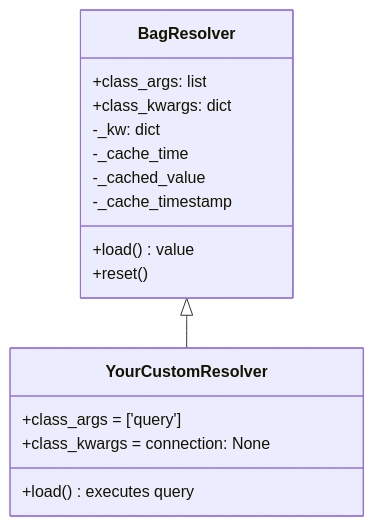
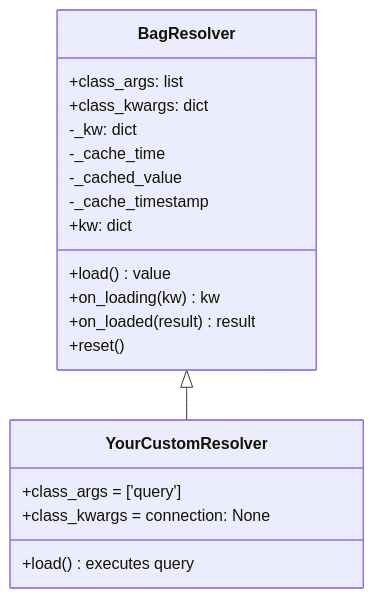
Before and after one commit to genropy/genro-bag: the diagram in docs/resolvers/custom.md, drawn with Mermaid. The commit also changed other lines of this file and 4 other files, not shown here.

First line of the commit message:
docs(#49): update resolver docs for self.kw and on_loading/on_loaded hooks

````diff
--- a/docs/resolvers/custom.md
+++ b/docs/resolvers/custom.md
@@ -259,21 +336,24 @@
 ```{mermaid}
 classDiagram
     BagResolver <|-- YourCustomResolver
 
     class BagResolver {
         +class_args: list
         +class_kwargs: dict
         -_kw: dict
         -_cache_time
         -_cached_value
         -_cache_timestamp
+        +kw: dict
         +load() value
+        +on_loading(kw) kw
+        +on_loaded(result) result
         +reset()
     }
 
     class YourCustomResolver {
         +class_args = ['query']
         +class_kwargs = connection: None
         +load() executes query
     }
 ```
````
